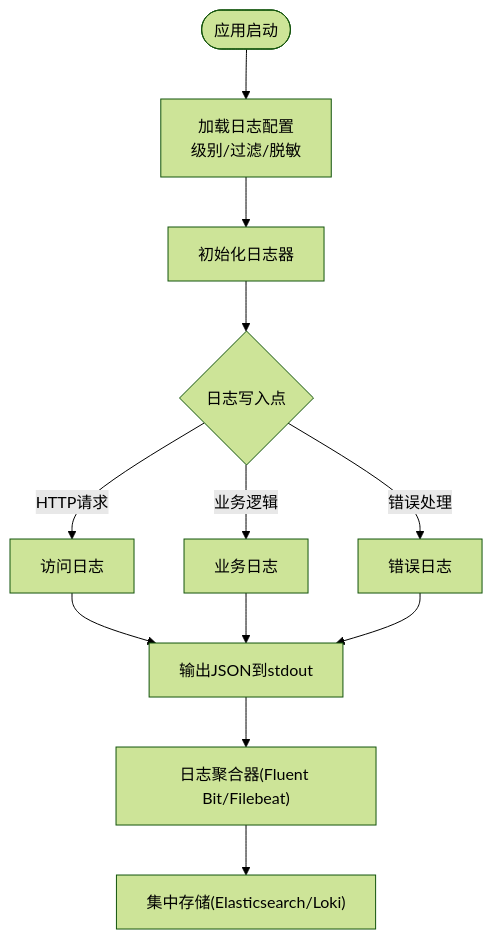
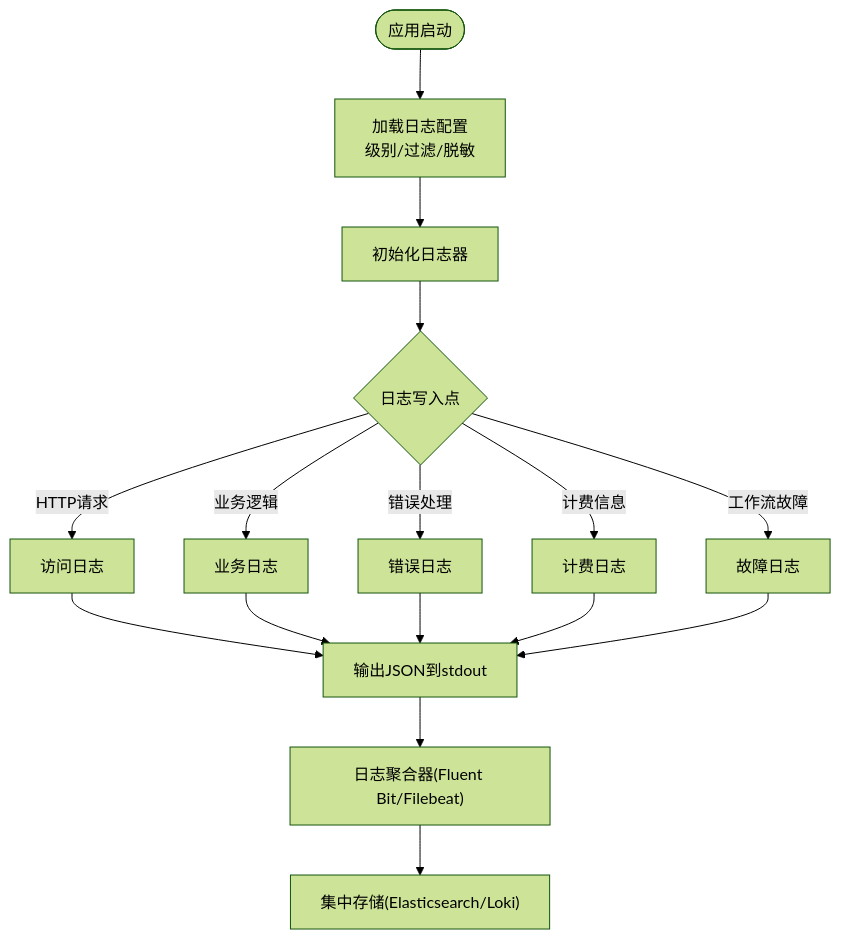
One commit to scottcwy/PurpleInk changed the third of 9 diagrams in .qoder/repowiki/zh/content/部署指南/监控与日志管理/监控与日志管理.md. Above: the diagram before and after it, drawn with Mermaid (forest theme). The commit also changed other lines of this file and 23 other files, not shown here.

````diff
--- a/.qoder/repowiki/zh/content/部署指南/监控与日志管理/监控与日志管理.md
+++ b/.qoder/repowiki/zh/content/部署指南/监控与日志管理/监控与日志管理.md
@@ -133,14 +167,18 @@
 ```mermaid
 flowchart TD
 Start(["应用启动"]) --> LoadConfig["加载日志配置<br/>级别/过滤/脱敏"]
 LoadConfig --> InitLogger["初始化日志器"]
 InitLogger --> LogPoint{"日志写入点"}
 LogPoint --> |HTTP请求| AccessLog["访问日志"]
 LogPoint --> |业务逻辑| BusinessLog["业务日志"]
 LogPoint --> |错误处理| ErrorLog["错误日志"]
+LogPoint --> |计费信息| BillingLog["计费日志"]
+LogPoint --> |工作流故障| FaultLog["故障日志"]
 AccessLog --> Output["输出JSON到stdout"]
 BusinessLog --> Output
 ErrorLog --> Output
+BillingLog --> Output
+FaultLog --> Output
 Output --> Aggregator["日志聚合器(Fluent Bit/Filebeat)"]
 Aggregator --> Storage["集中存储(Elasticsearch/Loki)"]
 ```
````
